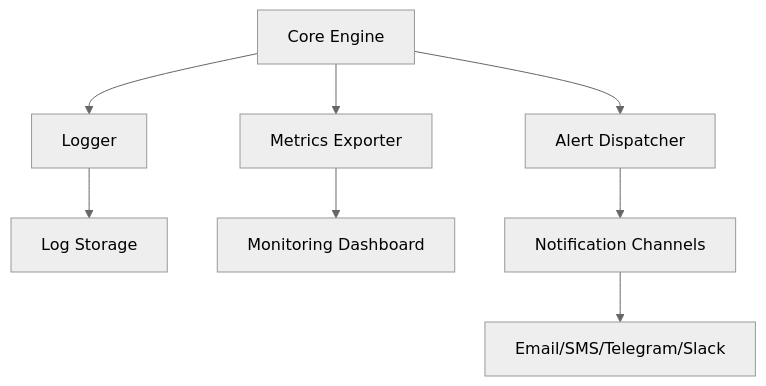
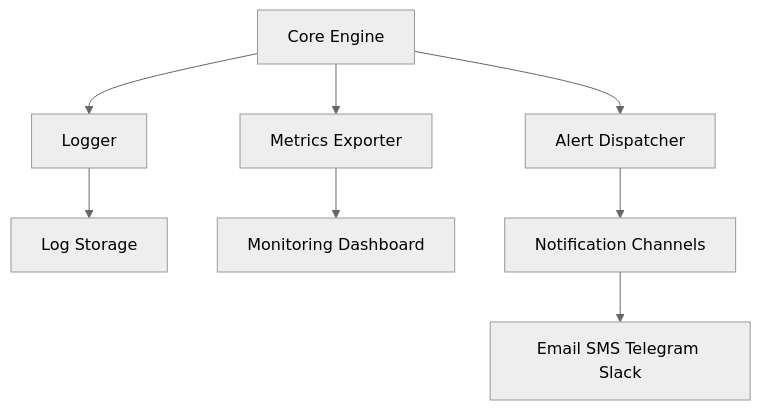
One commit to TheHaywire/docs-mt5-python-algo-trading changed the first of 4 diagrams in docs/monitoring.md. Above: the diagram before and after it, drawn with Mermaid (neutral theme). The commit also changed 5 other files, not shown here.

Commit message:
Fix broken Mermaid diagrams - Remove special characters and parentheses from node labels

````diff
--- a/docs/monitoring.md
+++ b/docs/monitoring.md
@@ -5,10 +5,10 @@
 ```mermaid
 flowchart TD
     A[Core Engine] --> B[Logger]
     A --> C[Metrics Exporter]
     A --> D[Alert Dispatcher]
     B --> E[Log Storage]
     C --> F[Monitoring Dashboard]
     D --> G[Notification Channels]
-    G --> H[Email/SMS/Telegram/Slack]
+    G --> H[Email SMS Telegram Slack]
 ```
````
